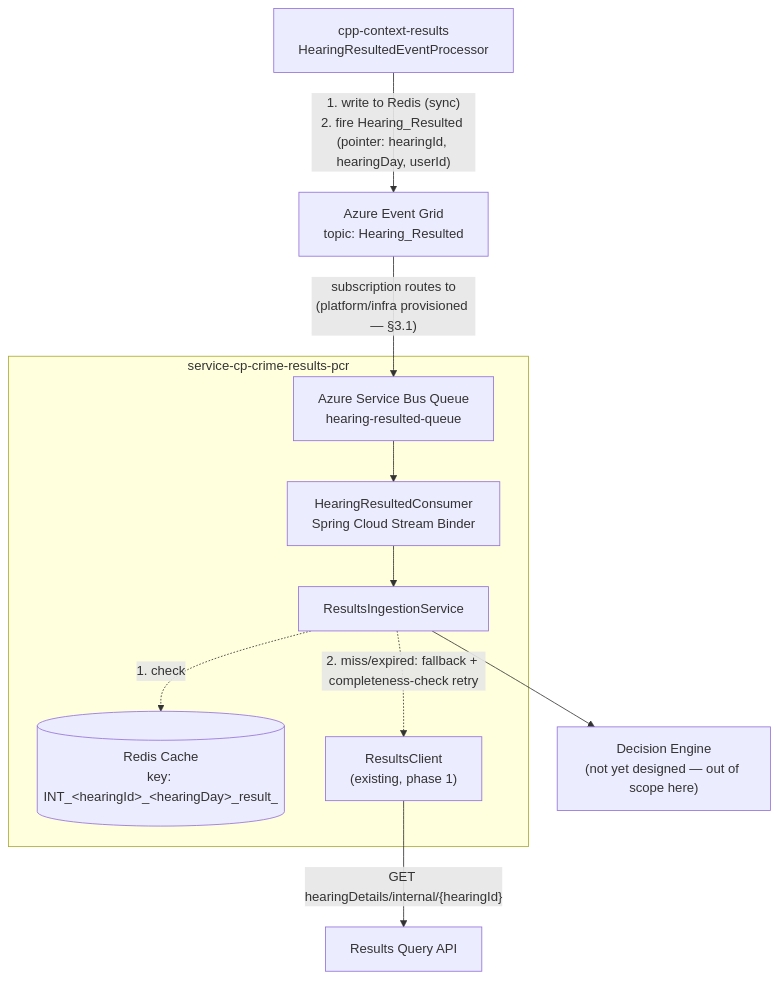
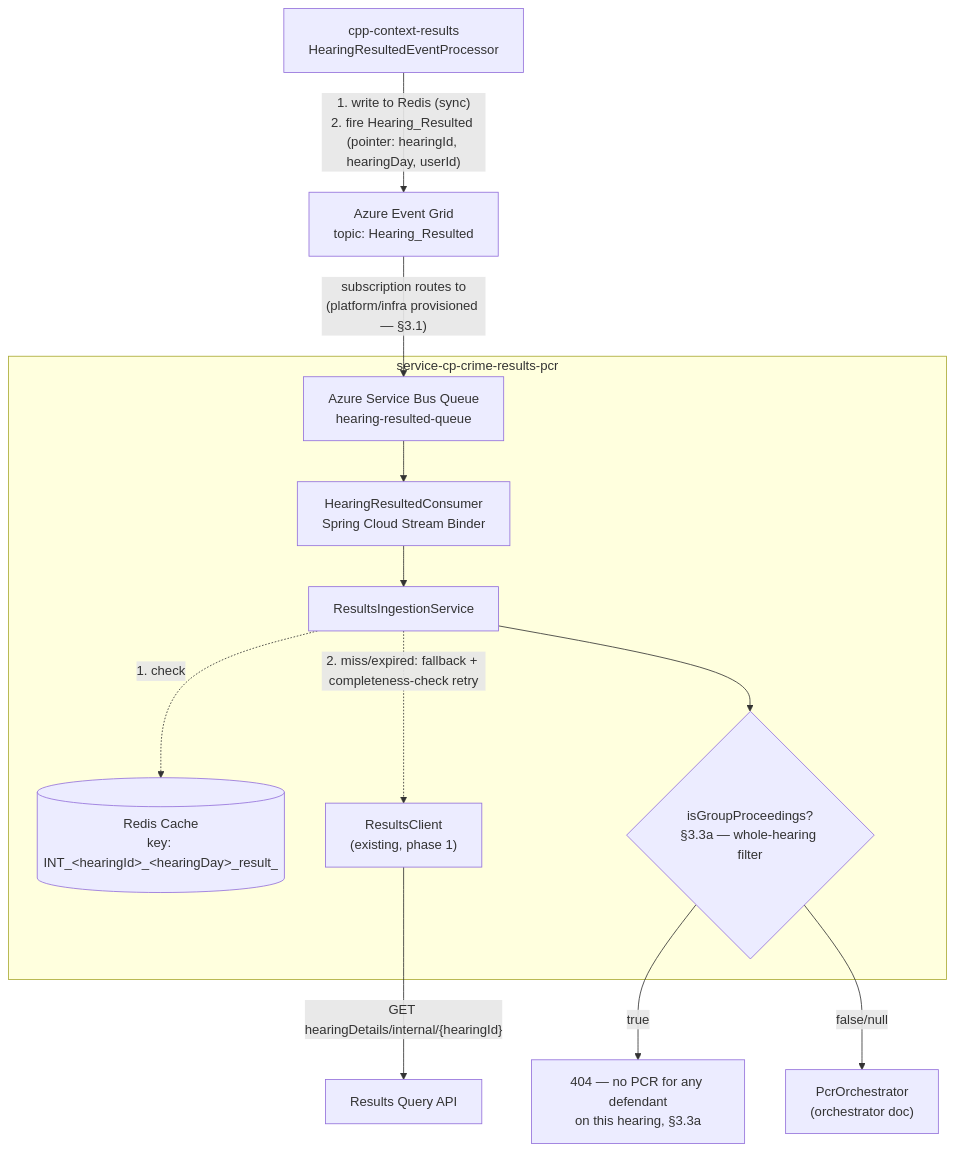
One commit to hmcts/service-cp-crime-results-pcr changed the first of 2 diagrams in docs/2026-07-22-pcr-hearing-event-ingestion-design.md. Above: the diagram before and after it, drawn with Mermaid. The commit also changed other lines of this file and 1 other file, not shown here.

First line of the commit message:
docs: correct subscription-matcher outer gate, define ingestion's whole-hearing filters, narrow Service Bus dependency

````diff
--- a/docs/2026-07-22-pcr-hearing-event-ingestion-design.md
+++ b/docs/2026-07-22-pcr-hearing-event-ingestion-design.md
@@ -68,16 +68,18 @@
 ```mermaid
 flowchart TB
     Results["cpp-context-results<br/>HearingResultedEventProcessor"] -->|"1. write to Redis (sync)<br/>2. fire Hearing_Resulted (pointer: hearingId, hearingDay, userId)"| Grid["Azure Event Grid<br/>topic: Hearing_Resulted"]
     Grid -->|"subscription routes to<br/>(platform/infra provisioned — §3.1)"| Bus["Azure Service Bus Queue<br/>hearing-resulted-queue"]
 
     subgraph PCR["service-cp-crime-results-pcr"]
         Bus --> Consumer["HearingResultedConsumer<br/>Spring Cloud Stream Binder"]
         Consumer --> Ingestion["ResultsIngestionService"]
         Ingestion -.->|"1. check"| Redis[("Redis Cache<br/>key: INT_&lt;hearingId&gt;_&lt;hearingDay&gt;_result_")]
         Ingestion -.->|"2. miss/expired: fallback + completeness-check retry"| RQC["ResultsClient<br/>(existing, phase 1)"]
+        Ingestion --> GroupCheck{"isGroupProceedings?<br/>§3.3a — whole-hearing filter"}
     end
 
     RQC -->|"GET hearingDetails/internal/{hearingId}"| ResultsAPI["Results Query API"]
 
-    Ingestion --> Downstream["Decision Engine<br/>(not yet designed — out of scope here)"]
+    GroupCheck -->|"true"| NoPcr["404 — no PCR for any defendant<br/>on this hearing, §3.3a"]
+    GroupCheck -->|"false/null"| Downstream["PcrOrchestrator<br/>(orchestrator doc)"]
 ```
````
